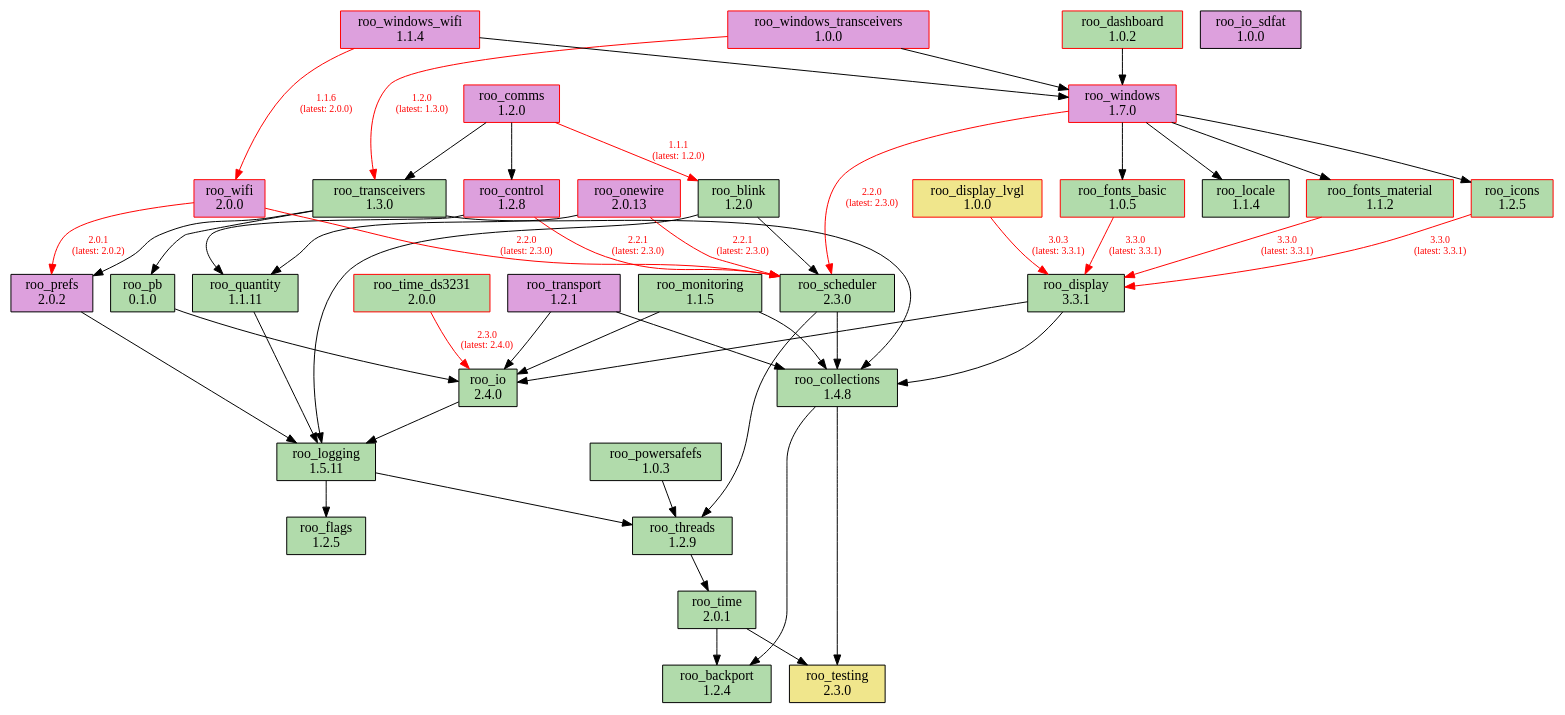
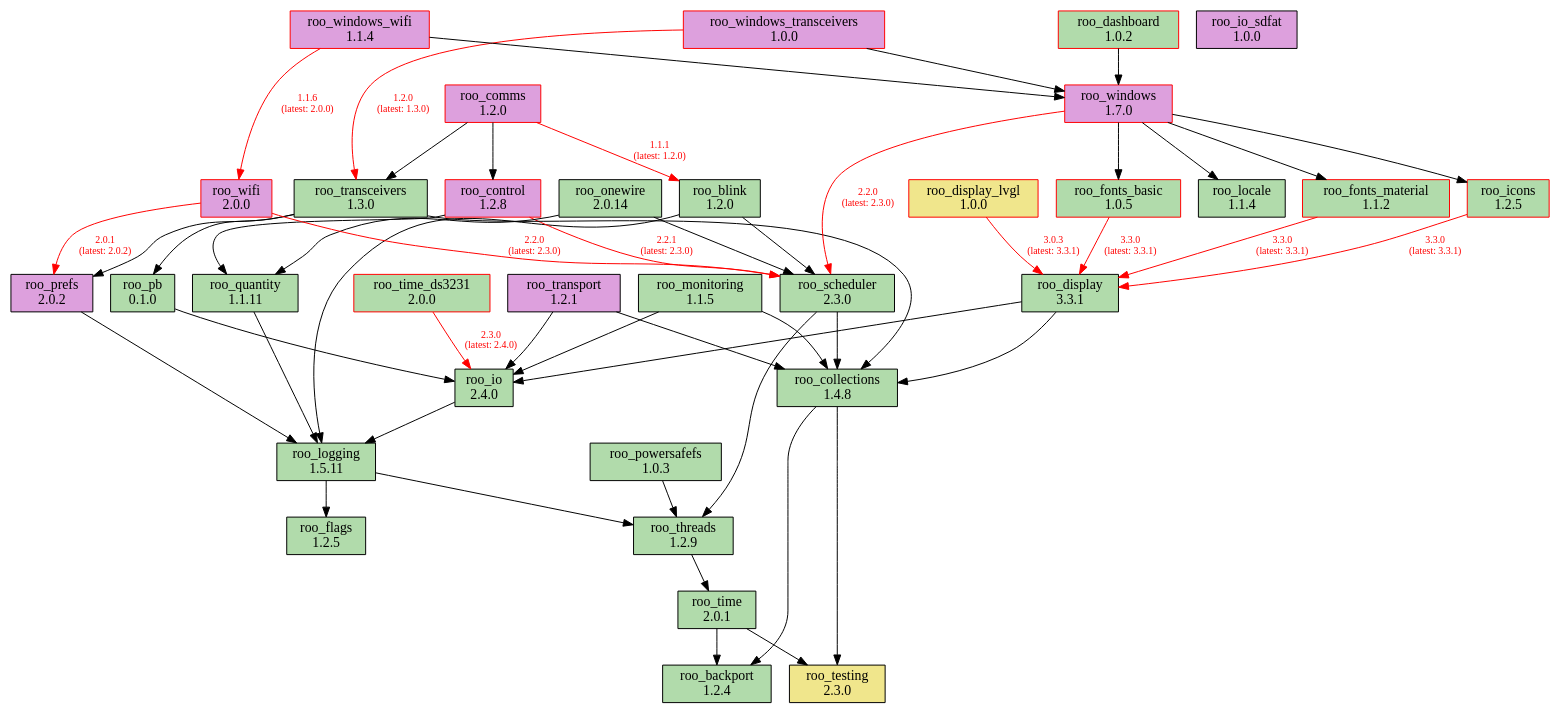
Before and after one commit to dejwk/roo-registry: the diagram in doc/dependencies.dot, drawn with Graphviz. The commit also changed 3 other files, not shown here.

Commit message:
Added roo_onewire 2.0.14 to the registry.

```diff
--- a/doc/dependencies.dot
+++ b/doc/dependencies.dot
@@ -1,91 +1,91 @@
 digraph dependencies {
     rankdir=TB;
     node [shape=box, style=filled];
     edge [fontsize=10];
 
     // Modules
     "roo_backport" [label="roo_backport\n1.2.4", fillcolor="#b1dbab", color="black"];
     "roo_blink" [label="roo_blink\n1.2.0", fillcolor="#b1dbab", color="black"];
     "roo_collections" [label="roo_collections\n1.4.8", fillcolor="#b1dbab", color="black"];
     "roo_comms" [label="roo_comms\n1.2.0", fillcolor="plum", color="red"];
     "roo_control" [label="roo_control\n1.2.8", fillcolor="plum", color="red"];
     "roo_dashboard" [label="roo_dashboard\n1.0.2", fillcolor="#b1dbab", color="red"];
     "roo_display" [label="roo_display\n3.3.1", fillcolor="#b1dbab", color="black"];
     "roo_display_lvgl" [label="roo_display_lvgl\n1.0.0", fillcolor="khaki", color="red"];
     "roo_flags" [label="roo_flags\n1.2.5", fillcolor="#b1dbab", color="black"];
     "roo_fonts_basic" [label="roo_fonts_basic\n1.0.5", fillcolor="#b1dbab", color="red"];
     "roo_fonts_material" [label="roo_fonts_material\n1.1.2", fillcolor="#b1dbab", color="red"];
     "roo_icons" [label="roo_icons\n1.2.5", fillcolor="#b1dbab", color="red"];
     "roo_io" [label="roo_io\n2.4.0", fillcolor="#b1dbab", color="black"];
     "roo_io_sdfat" [label="roo_io_sdfat\n1.0.0", fillcolor="plum", color="black"];
     "roo_locale" [label="roo_locale\n1.1.4", fillcolor="#b1dbab", color="black"];
     "roo_logging" [label="roo_logging\n1.5.11", fillcolor="#b1dbab", color="black"];
     "roo_monitoring" [label="roo_monitoring\n1.1.5", fillcolor="#b1dbab", color="black"];
-    "roo_onewire" [label="roo_onewire\n2.0.13", fillcolor="plum", color="red"];
+    "roo_onewire" [label="roo_onewire\n2.0.14", fillcolor="#b1dbab", color="black"];
     "roo_pb" [label="roo_pb\n0.1.0", fillcolor="#b1dbab", color="black"];
     "roo_powersafefs" [label="roo_powersafefs\n1.0.3", fillcolor="#b1dbab", color="black"];
     "roo_prefs" [label="roo_prefs\n2.0.2", fillcolor="plum", color="black"];
     "roo_quantity" [label="roo_quantity\n1.1.11", fillcolor="#b1dbab", color="black"];
     "roo_scheduler" [label="roo_scheduler\n2.3.0", fillcolor="#b1dbab", color="black"];
     "roo_testing" [label="roo_testing\n2.3.0", fillcolor="khaki", color="black"];
     "roo_threads" [label="roo_threads\n1.2.9", fillcolor="#b1dbab", color="black"];
     "roo_time" [label="roo_time\n2.0.1", fillcolor="#b1dbab", color="black"];
     "roo_time_ds3231" [label="roo_time_ds3231\n2.0.0", fillcolor="#b1dbab", color="red"];
     "roo_transceivers" [label="roo_transceivers\n1.3.0", fillcolor="#b1dbab", color="black"];
     "roo_transport" [label="roo_transport\n1.2.1", fillcolor="plum", color="black"];
     "roo_wifi" [label="roo_wifi\n2.0.0", fillcolor="plum", color="red"];
     "roo_windows" [label="roo_windows\n1.7.0", fillcolor="plum", color="red"];
     "roo_windows_transceivers" [label="roo_windows_transceivers\n1.0.0", fillcolor="plum", color="red"];
     "roo_windows_wifi" [label="roo_windows_wifi\n1.1.4", fillcolor="plum", color="red"];
 
     // Dependencies
     "roo_blink" -> "roo_logging";
     "roo_blink" -> "roo_scheduler";
     "roo_collections" -> "roo_testing";
     "roo_collections" -> "roo_backport";
     "roo_comms" -> "roo_blink" [color=red, fontcolor=red, label="1.1.1\n(latest: 1.2.0)"];
     "roo_comms" -> "roo_control";
     "roo_comms" -> "roo_transceivers";
     "roo_control" -> "roo_quantity";
     "roo_control" -> "roo_scheduler" [color=red, fontcolor=red, label="2.2.1\n(latest: 2.3.0)"];
     "roo_dashboard" -> "roo_windows";
     "roo_display" -> "roo_collections";
     "roo_display" -> "roo_io";
     "roo_display_lvgl" -> "roo_display" [color=red, fontcolor=red, label="3.0.3\n(latest: 3.3.1)"];
     "roo_fonts_basic" -> "roo_display" [color=red, fontcolor=red, label="3.3.0\n(latest: 3.3.1)"];
     "roo_fonts_material" -> "roo_display" [color=red, fontcolor=red, label="3.3.0\n(latest: 3.3.1)"];
     "roo_icons" -> "roo_display" [color=red, fontcolor=red, label="3.3.0\n(latest: 3.3.1)"];
     "roo_io" -> "roo_logging";
     "roo_logging" -> "roo_flags";
     "roo_logging" -> "roo_threads";
     "roo_monitoring" -> "roo_collections";
     "roo_monitoring" -> "roo_io";
-    "roo_onewire" -> "roo_scheduler" [color=red, fontcolor=red, label="2.2.1\n(latest: 2.3.0)"];
+    "roo_onewire" -> "roo_scheduler";
     "roo_onewire" -> "roo_quantity";
     "roo_pb" -> "roo_io";
     "roo_powersafefs" -> "roo_threads";
     "roo_prefs" -> "roo_logging";
     "roo_quantity" -> "roo_logging";
     "roo_scheduler" -> "roo_collections";
     "roo_scheduler" -> "roo_threads";
     "roo_threads" -> "roo_time";
     "roo_time" -> "roo_testing";
     "roo_time" -> "roo_backport";
     "roo_time_ds3231" -> "roo_io" [color=red, fontcolor=red, label="2.3.0\n(latest: 2.4.0)"];
     "roo_transceivers" -> "roo_pb";
     "roo_transceivers" -> "roo_collections";
     "roo_transceivers" -> "roo_prefs";
     "roo_transport" -> "roo_collections";
     "roo_transport" -> "roo_io";
     "roo_wifi" -> "roo_prefs" [color=red, fontcolor=red, label="2.0.1\n(latest: 2.0.2)"];
     "roo_wifi" -> "roo_scheduler" [color=red, fontcolor=red, label="2.2.0\n(latest: 2.3.0)"];
     "roo_windows" -> "roo_fonts_basic";
     "roo_windows" -> "roo_fonts_material";
     "roo_windows" -> "roo_locale";
     "roo_windows" -> "roo_icons";
     "roo_windows" -> "roo_scheduler" [color=red, fontcolor=red, label="2.2.0\n(latest: 2.3.0)"];
     "roo_windows_transceivers" -> "roo_transceivers" [color=red, fontcolor=red, label="1.2.0\n(latest: 1.3.0)"];
     "roo_windows_transceivers" -> "roo_windows";
     "roo_windows_wifi" -> "roo_wifi" [color=red, fontcolor=red, label="1.1.6\n(latest: 2.0.0)"];
     "roo_windows_wifi" -> "roo_windows";
 }
```
